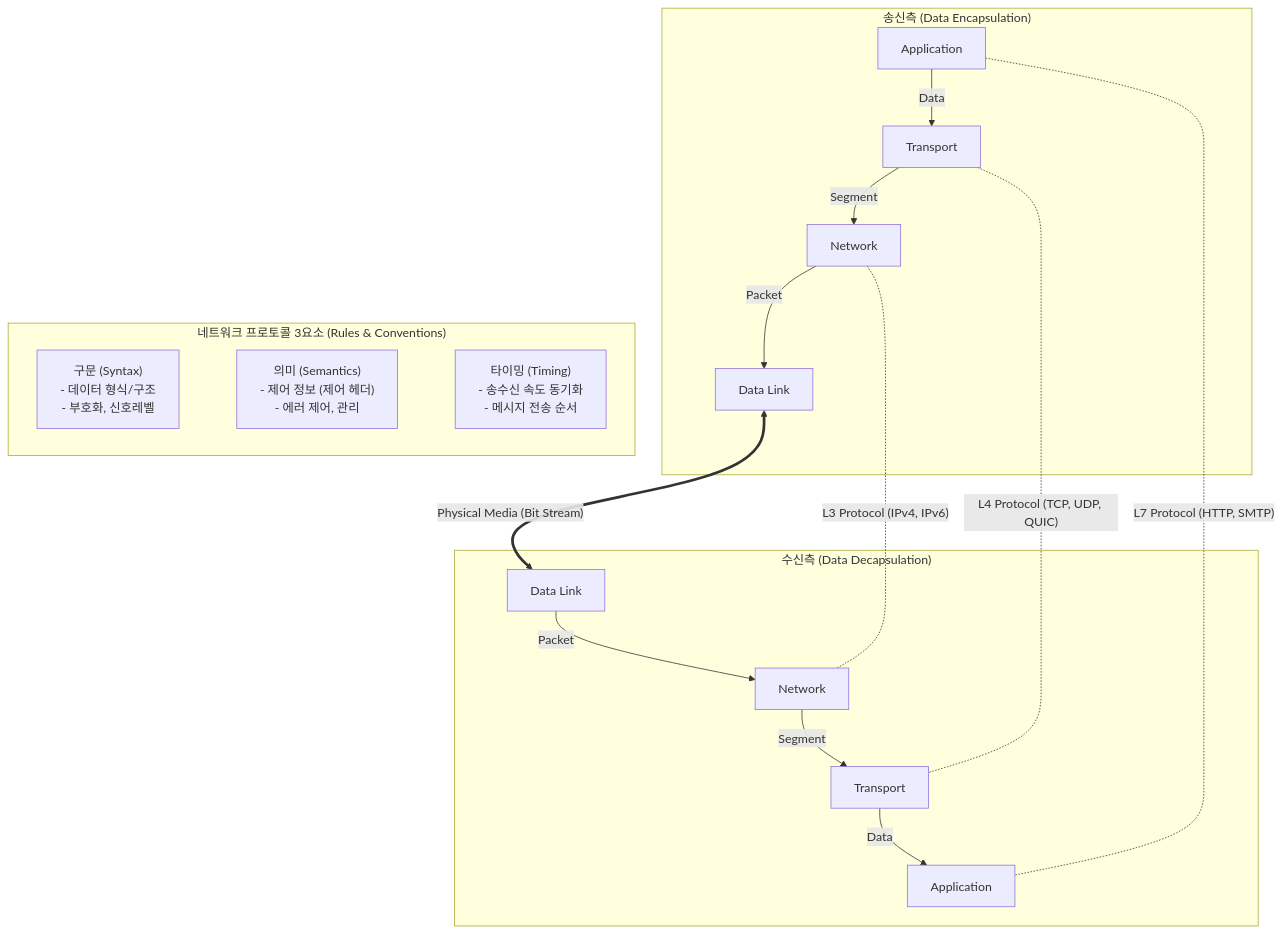
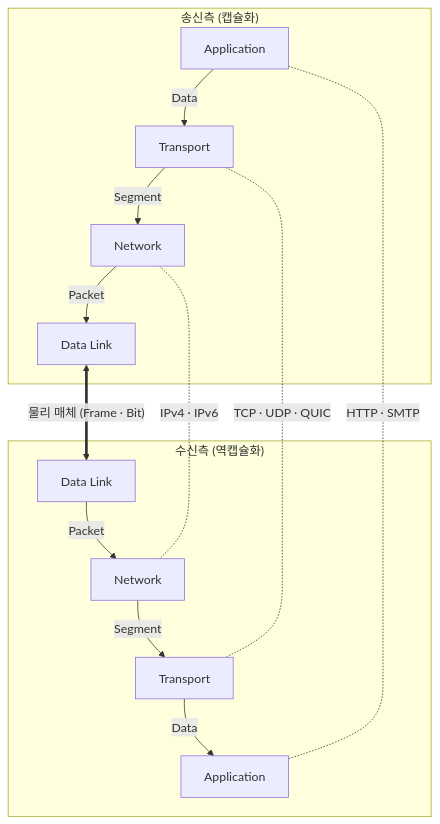
The diagram in content/01_IT Tech/네트워크 프로토콜.md (supremethumb/supremethumb.github.io), drawn with Mermaid before and after one commit. The commit also changed other lines of this file and 1087 other files, not shown here.

````diff
--- a/content/01_IT Tech/네트워크 프로토콜.md
+++ b/content/01_IT Tech/네트워크 프로토콜.md
@@ -23,32 +35,17 @@
 ```mermaid
 flowchart TB
-    subgraph Protocol_Elements["네트워크 프로토콜 3요소 (Rules & Conventions)"]
-        direction LR
-        Syntax["구문 (Syntax)<br/>- 데이터 형식/구조<br/>- 부호화, 신호레벨"]
-        Semantics["의미 (Semantics)<br/>- 제어 정보 (제어 헤더)<br/>- 에러 제어, 관리"]
-        Timing["타이밍 (Timing)<br/>- 송수신 속도 동기화<br/>- 메시지 전송 순서"]
-        Syntax ~~~ Semantics ~~~ Timing
+    subgraph S["송신측 (캡슐화)"]
+        A1["Application"] -- "Data" --> T1["Transport"]
+        T1 -- "Segment" --> N1["Network"]
+        N1 -- "Packet" --> L1["Data Link"]
     end
-
-    subgraph Sender["송신측 (Data Encapsulation)"]
-        App1[Application] --> |Data| Trans1[Transport]
-        Trans1 --> |Segment| Net1[Network]
-        Net1 --> |Packet| Link1[Data Link]
+    subgraph R["수신측 (역캡슐화)"]
+        L2["Data Link"] -- "Packet" --> N2["Network"]
+        N2 -- "Segment" --> T2["Transport"]
+        T2 -- "Data" --> A2["Application"]
     end
-
-    subgraph Receiver["수신측 (Data Decapsulation)"]
-        Link2[Data Link] --> |Packet| Net2[Network]
-        Net2 --> |Segment| Trans2[Transport]
-        Trans2 --> |Data| App2[Application]
-    end
-
-    Link1 <== "Physical Media (Bit Stream)" ==> Link2
-    
-    App1 -. "L7 Protocol (HTTP, SMTP)" .- App2
-    Trans1 -. "L4 Protocol (TCP, UDP, QUIC)" .- Trans2
-    Net1 -. "L3 Protocol (IPv4, IPv6)" .- Net2
-
-    Sender ~~~ Protocol_Elements
-    Protocol_Elements ~~~ Receiver
-
+    L1 <== "물리 매체 (Frame · Bit)" ==> L2
+    A1 -. "HTTP · SMTP" .- A2
+    T1 -. "TCP · UDP · QUIC" .- T2
+    N1 -. "IPv4 · IPv6" .- N2
 ```
````
